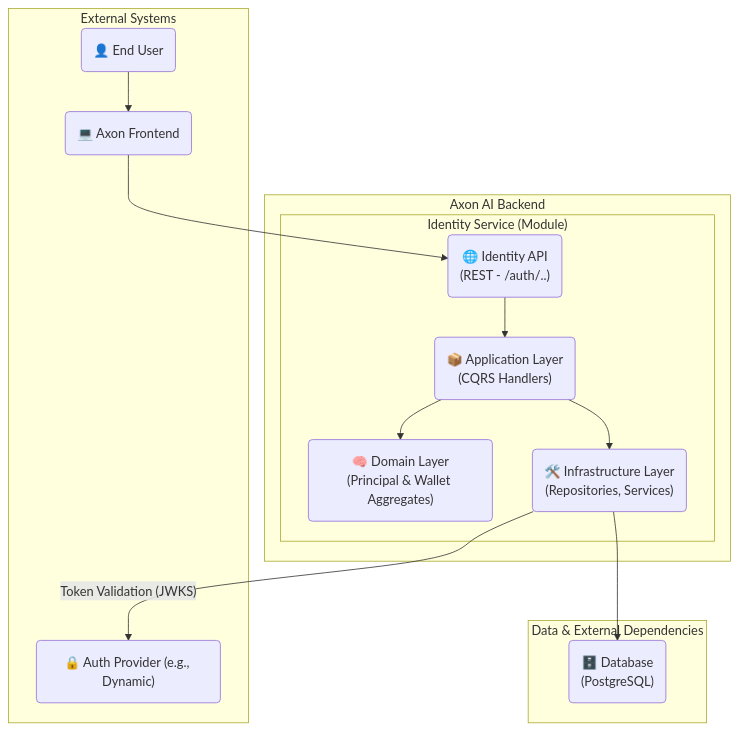
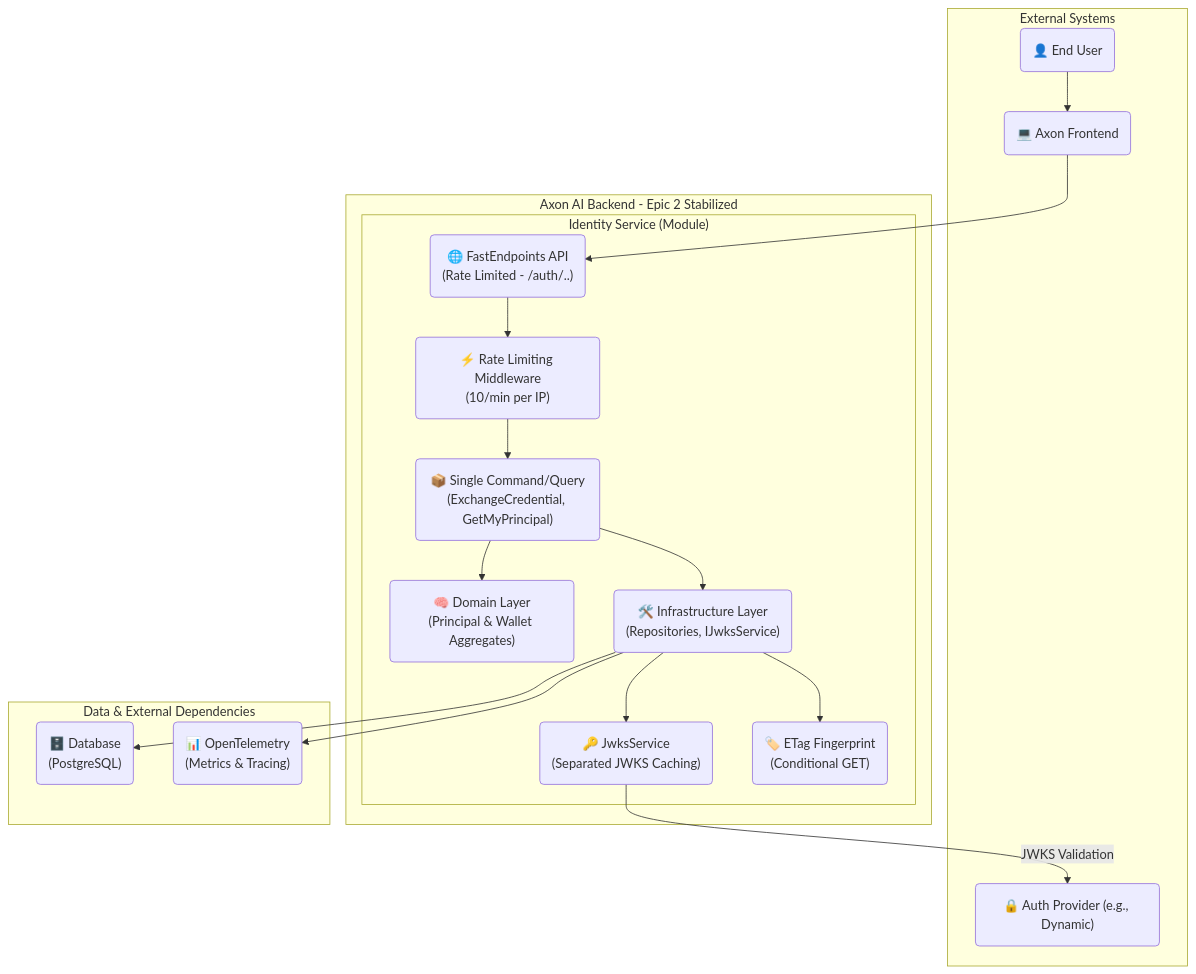
The first of 5 diagrams in Docs/BMAD/architecture.md (valentynkt/Axon-Backend-Github), drawn with Mermaid before and after one commit. The commit also changed other lines of this file and 54 other files, not shown here.

````diff
--- a/Docs/BMAD/architecture.md
+++ b/Docs/BMAD/architecture.md
@@ -45,29 +59,37 @@
 ```mermaid
 graph TD
     subgraph "External Systems"
         User("👤 End User");
         Frontend("💻 Axon Frontend");
         AuthProvider("🔒 Auth Provider (e.g., Dynamic)");
     end
 
-    subgraph "Axon AI Backend"
+    subgraph "Axon AI Backend - Epic 2 Stabilized"
         subgraph "Identity Service (Module)"
-            API("🌐 Identity API<br/>(REST - /auth/..)")
-            AppLayer("📦 Application Layer<br/>(CQRS Handlers)")
+            API("🌐 FastEndpoints API<br/>(Rate Limited - /auth/..)")
+            RateLimit("⚡ Rate Limiting Middleware<br/>(10/min per IP)")
+            AppLayer("📦 Single Command/Query<br/>(ExchangeCredential, GetMyPrincipal)")
             DomainLayer("🧠 Domain Layer<br/>(Principal & Wallet Aggregates)")
-            InfraLayer("🛠️ Infrastructure Layer<br/>(Repositories, Services)")
+            InfraLayer("🛠️ Infrastructure Layer<br/>(Repositories, IJwksService)")
+            JwksService("🔑 JwksService<br/>(Separated JWKS Caching)")
+            ETagService("🏷️ ETag Fingerprint<br/>(Conditional GET)")
         end
     end
 
     subgraph "Data & External Dependencies"
         DB("🗄️ Database<br/>(PostgreSQL)");
+        OTel("📊 OpenTelemetry<br/>(Metrics & Tracing)")
     end
 
     User --> Frontend;
     Frontend --> API;
-    API --> AppLayer;
+    API --> RateLimit;
+    RateLimit --> AppLayer;
     AppLayer --> DomainLayer;
     AppLayer --> InfraLayer;
     InfraLayer --> DB;
-    InfraLayer -- "Token Validation (JWKS)" --> AuthProvider;
+    InfraLayer --> ETagService;
+    InfraLayer --> JwksService;
+    JwksService -- "JWKS Validation" --> AuthProvider;
+    InfraLayer --> OTel;
 ```
````
